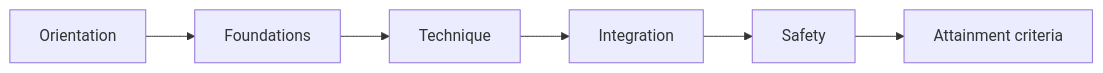
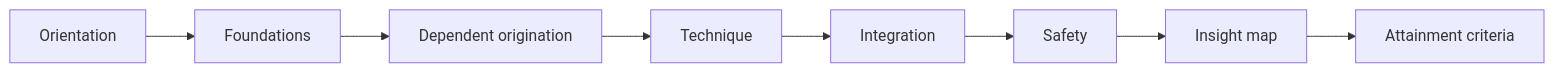
One commit to streamentry/streamentry changed the first of 3 diagrams in book/chapters/AGENTS.md. Above: the diagram before and after it, drawn with Mermaid. The commit also changed other lines of this file and 35 other files, not shown here.

````diff
--- a/book/chapters/AGENTS.md
+++ b/book/chapters/AGENTS.md
@@ -18,4 +20,4 @@
 ```mermaid
 flowchart LR
-  A["Orientation"] --> B["Foundations"] --> C["Technique"] --> D["Integration"] --> E["Safety"] --> F["Attainment criteria"]
+  A["Orientation"] --> B["Foundations"] --> C["Dependent origination"] --> D["Technique"] --> E["Integration"] --> F["Safety"] --> G["Insight map"] --> H["Attainment criteria"]
 ```
````
